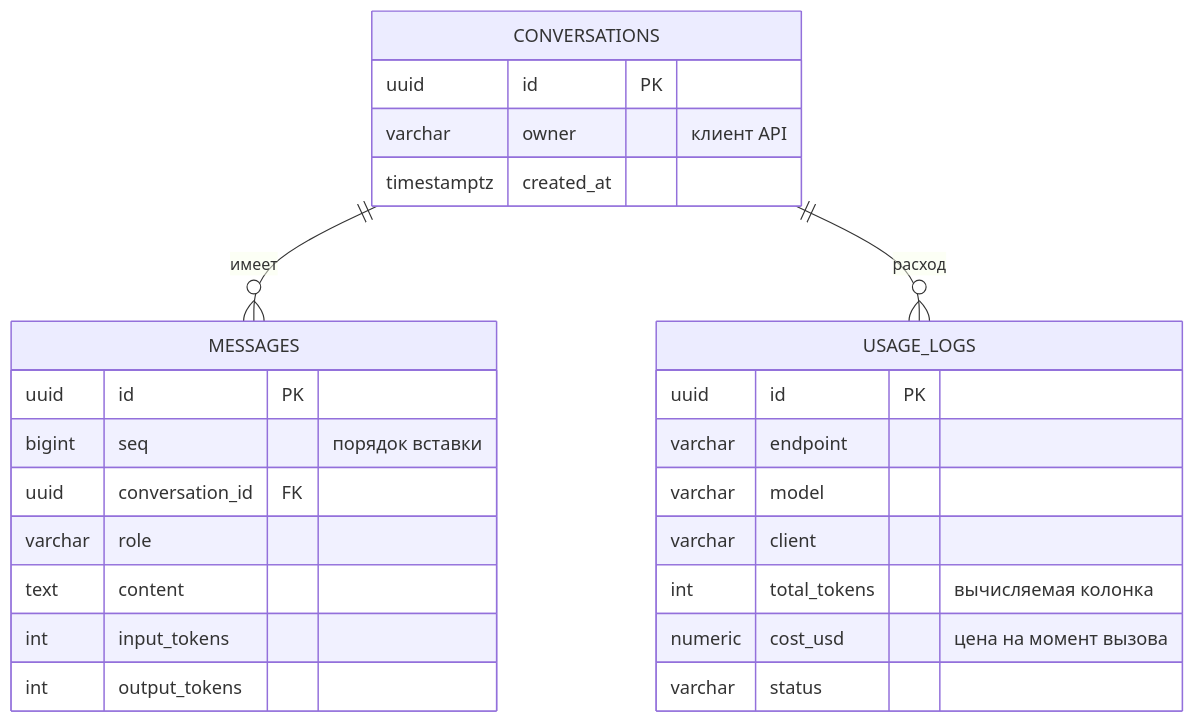
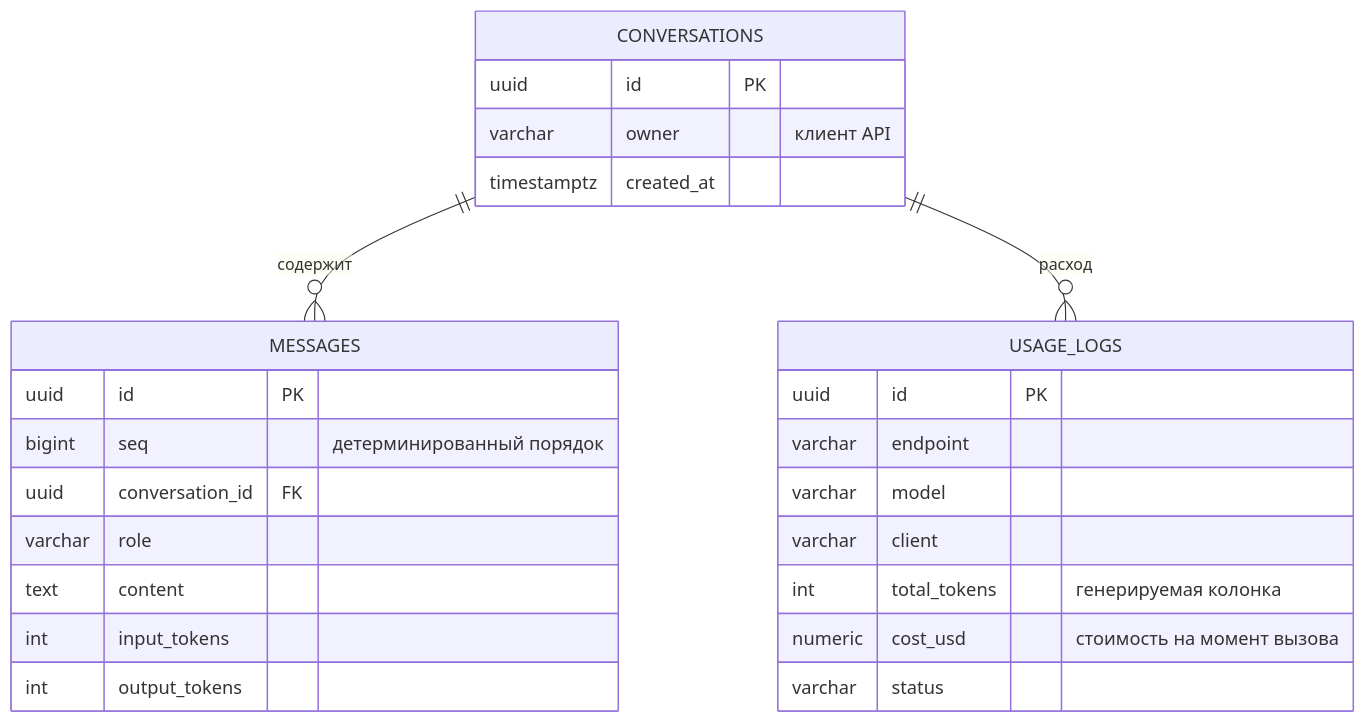
The second of 2 diagrams in README.md (DelixeamI/llm-chat-api), drawn with Mermaid before and after one commit. The commit also changed other lines of this file and 8 other files, not shown here.

````diff
--- a/README.md
+++ b/README.md
@@ -127,28 +131,28 @@
 ```mermaid
 erDiagram
-    CONVERSATIONS ||--o{ MESSAGES : имеет
+    CONVERSATIONS ||--o{ MESSAGES : "содержит"
     CONVERSATIONS ||--o{ USAGE_LOGS : "расход"
     CONVERSATIONS {
         uuid id PK
         varchar owner "клиент API"
         timestamptz created_at
     }
     MESSAGES {
         uuid id PK
-        bigint seq "порядок вставки"
+        bigint seq "детерминированный порядок"
         uuid conversation_id FK
         varchar role
         text content
         int input_tokens
         int output_tokens
     }
     USAGE_LOGS {
         uuid id PK
         varchar endpoint
         varchar model
         varchar client
-        int total_tokens "вычисляемая колонка"
-        numeric cost_usd "цена на момент вызова"
+        int total_tokens "генерируемая колонка"
+        numeric cost_usd "стоимость на момент вызова"
         varchar status
     }
 ```
````
